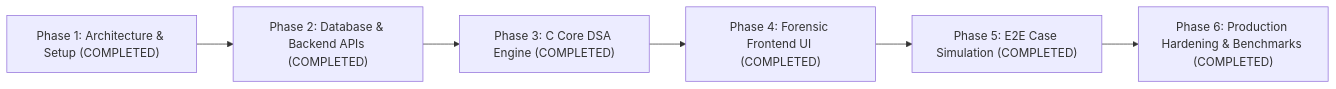
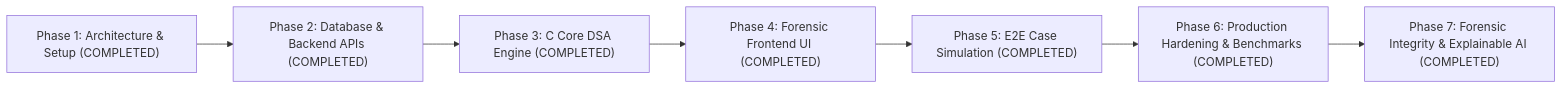
One commit to Saravana65/CaseThread changed the diagram in DEVELOPMENT_ROADMAP.md. Above: the diagram before and after it, drawn with Mermaid. The commit also changed other lines of this file and 22 other files, not shown here.

Commit message:
feat(phase7): forensic evidence integrity, cryptographic hash chaining, chain of custody, and explainable intelligence

````diff
--- a/DEVELOPMENT_ROADMAP.md
+++ b/DEVELOPMENT_ROADMAP.md
@@ -9,8 +9,9 @@
 ```mermaid
 flowchart LR
     P1["Phase 1: Architecture & Setup (COMPLETED)"] --> P2["Phase 2: Database & Backend APIs (COMPLETED)"]
     P2 --> P3["Phase 3: C Core DSA Engine (COMPLETED)"]
     P3 --> P4["Phase 4: Forensic Frontend UI (COMPLETED)"]
     P4 --> P5["Phase 5: E2E Case Simulation (COMPLETED)"]
     P5 --> P6["Phase 6: Production Hardening & Benchmarks (COMPLETED)"]
+    P6 --> P7["Phase 7: Forensic Integrity & Explainable AI (COMPLETED)"]
 ```
````
